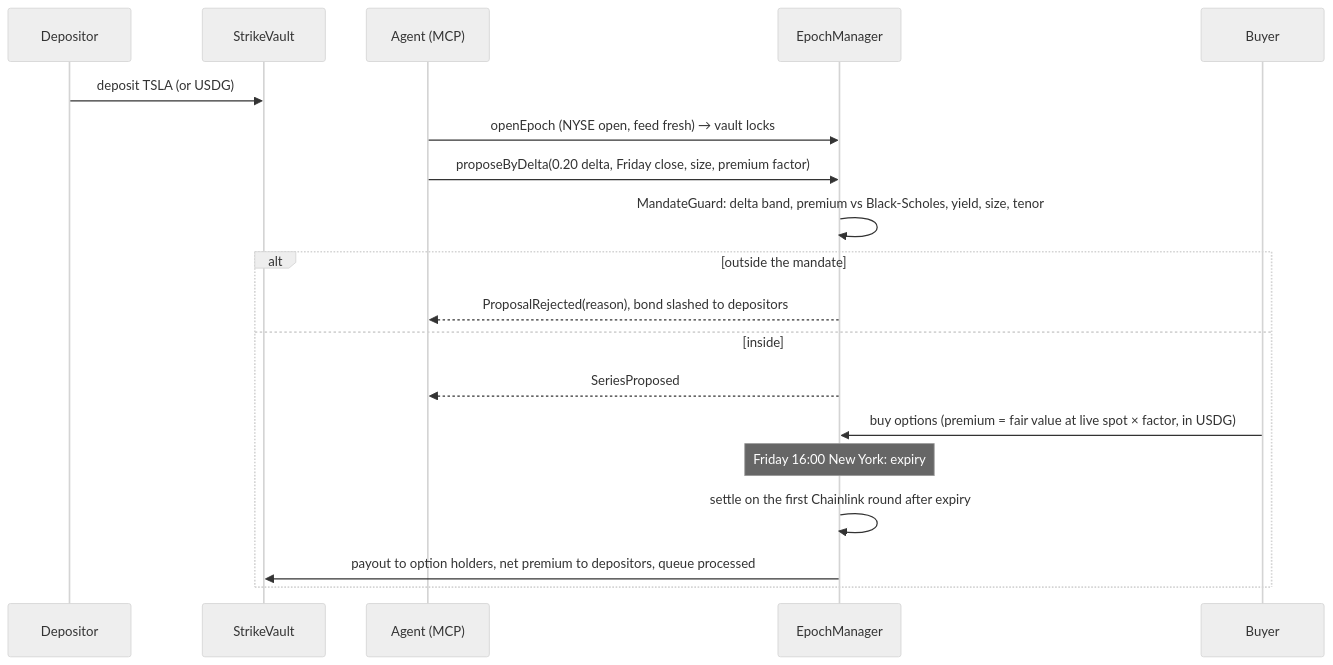
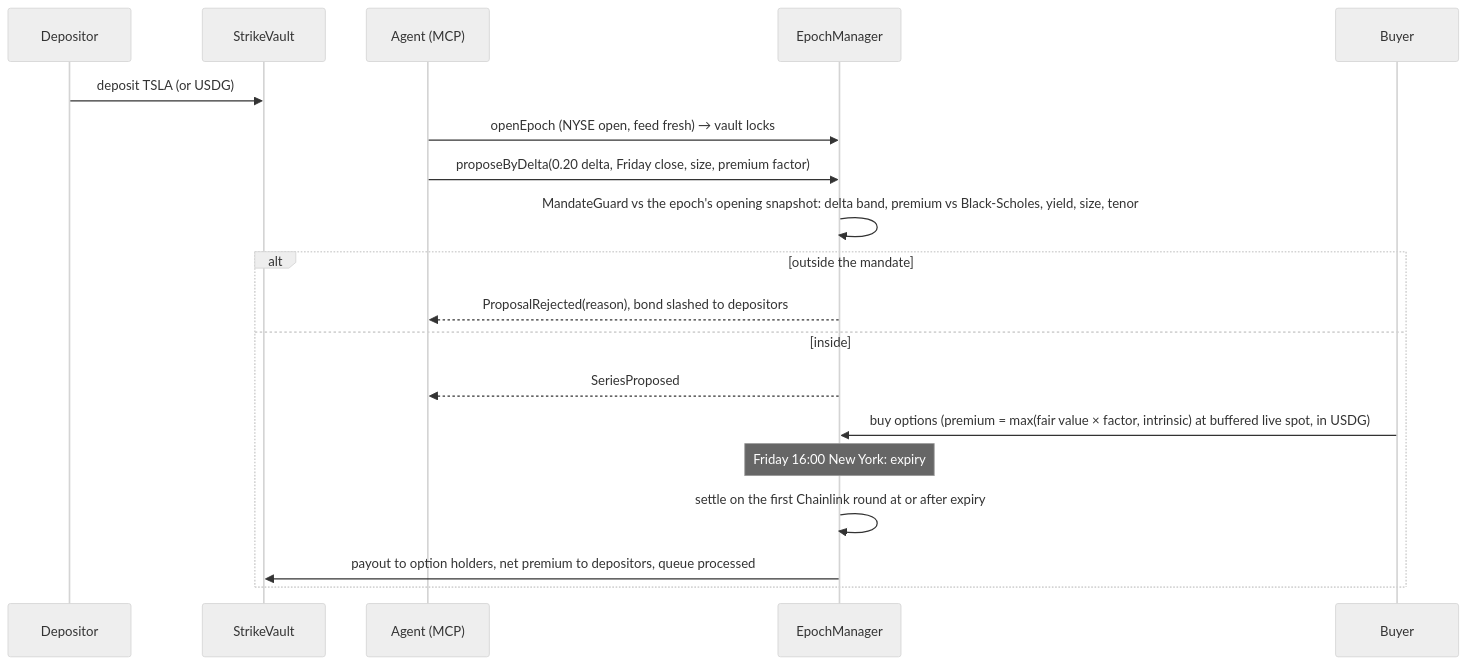
Before and after one commit to Prashant-thakur77/Strike: the diagram in README.md, drawn with Mermaid (neutral theme). The commit also changed other lines of this file and 12 other files, not shown here.

````diff
--- a/README.md
+++ b/README.md
@@ -40,21 +40,21 @@
 ```mermaid
 sequenceDiagram
     participant D as Depositor
     participant V as StrikeVault
     participant A as Agent (MCP)
     participant E as EpochManager
     participant B as Buyer
     D->>V: deposit TSLA (or USDG)
     A->>E: openEpoch (NYSE open, feed fresh) → vault locks
     A->>E: proposeByDelta(0.20 delta, Friday close, size, premium factor)
-    E->>E: MandateGuard: delta band, premium vs Black-Scholes, yield, size, tenor
+    E->>E: MandateGuard vs the epoch's opening snapshot: delta band, premium vs Black-Scholes, yield, size, tenor
     alt outside the mandate
         E-->>A: ProposalRejected(reason), bond slashed to depositors
     else inside
         E-->>A: SeriesProposed
-        B->>E: buy options (premium = fair value at live spot × factor, in USDG)
+        B->>E: buy options (premium = max(fair value × factor, intrinsic) at buffered live spot, in USDG)
         Note over E: Friday 16:00 New York: expiry
-        E->>E: settle on the first Chainlink round after expiry
+        E->>E: settle on the first Chainlink round at or after expiry
         E->>V: payout to option holders, net premium to depositors, queue processed
     end
 ```
````
